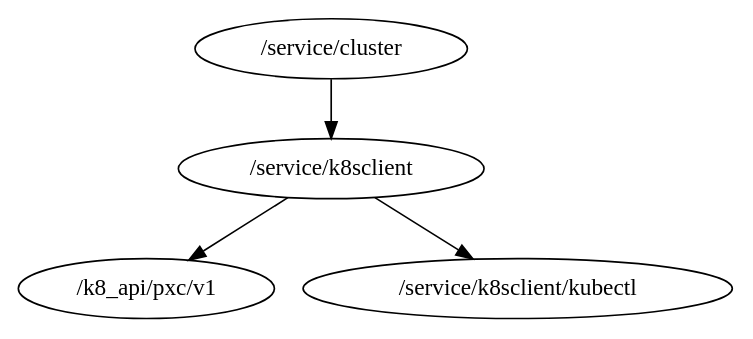
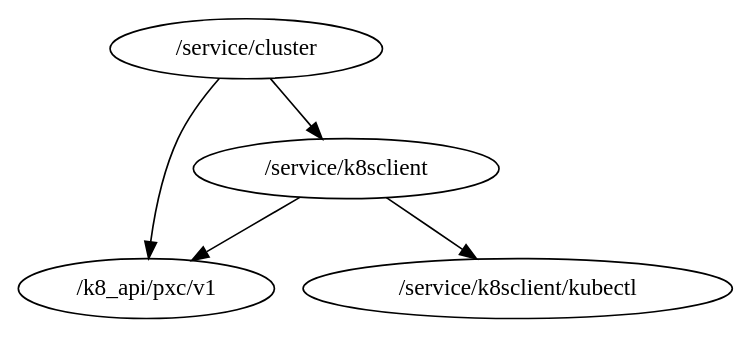
Before and after one commit to percona/dbaas-controller: the diagram in packages.dot, drawn with Graphviz. The commit also changed 1 other file, not shown here.

```diff
--- a/packages.dot
+++ b/packages.dot
@@ -1,5 +1,6 @@
 digraph packages {
+	"/service/cluster" -> "/k8_api/pxc/v1";
 	"/service/cluster" -> "/service/k8sclient";
 	"/service/k8sclient" -> "/k8_api/pxc/v1";
 	"/service/k8sclient" -> "/service/k8sclient/kubectl";
 }
```
